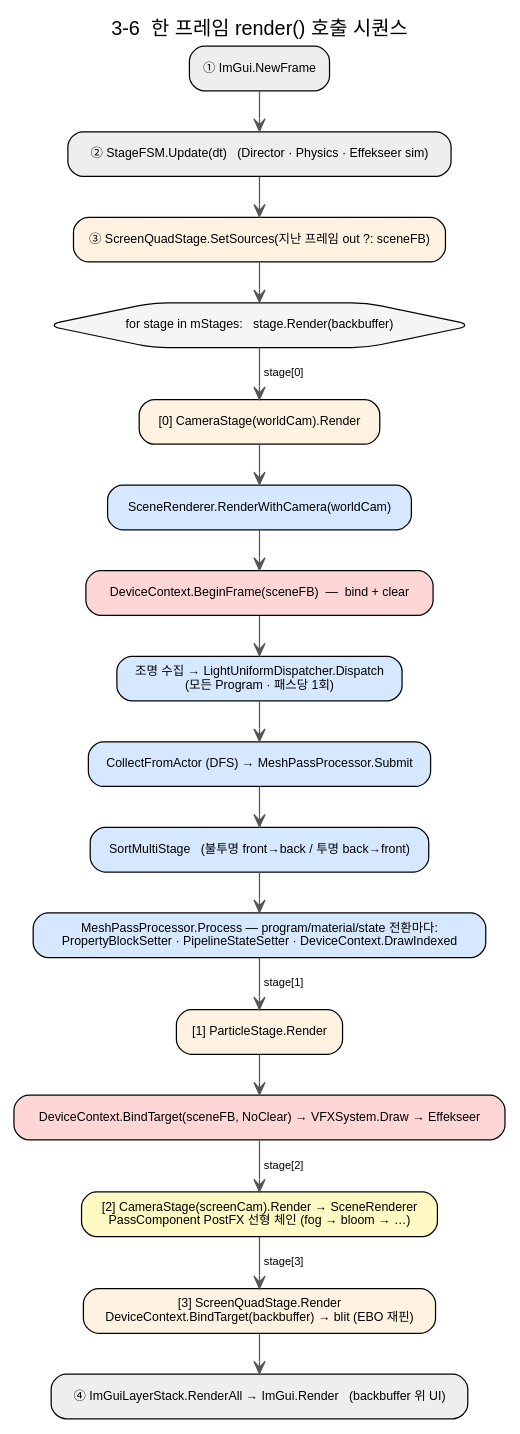
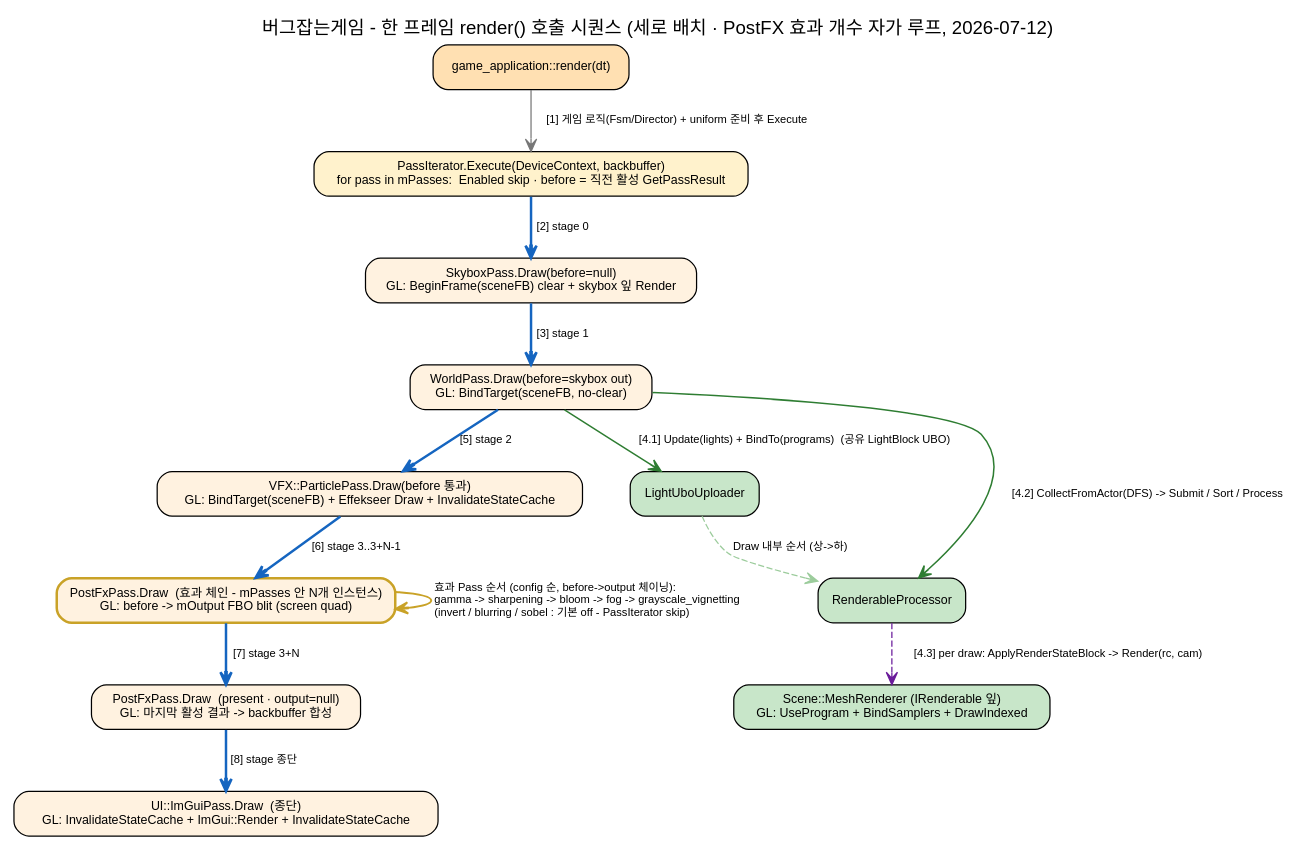
One commit to DogGuyMan/GlobalMedia-OpenGL-ComputerGraphics changed the diagram in doc/diagrams/render-multipass-seq.dot. Above: the diagram before and after it, drawn with Graphviz. The commit also changed 18 other files, not shown here.

```diff
--- a/doc/diagrams/render-multipass-seq.dot
+++ b/doc/diagrams/render-multipass-seq.dot
@@ -1,52 +1,70 @@
 /*
- * render-multipass-seq.dot - 3-6 한 프레임 render() 호출 시퀀스 (시간순 플로우)
+ * render-multipass-seq.dot - "버그잡는게임" 한 프레임 render() 호출 시퀀스 (세로 배치)
+ *   (2026-07-12 갱신 - PassIterator.Execute 가 IPassable 들을 위->아래 순회. PostFX 는 효과 개수만큼 자가 루프.
+ *    프레임 준비 노드 + DeviceContext 노드 제거, GL 호출은 각 Pass 라벨에 인라인. 폭 축소.)
  *
- * Graphviz 는 시퀀스 전용이 아니므로, 시간순 세로 플로우 + 참여자 색으로 표현.
- *   회색=App/ImGui · 주황=stage · 파랑=SceneRenderer 코어 · 빨강=DeviceContext · 노랑=PostFX
+ * Graphviz 는 네이티브 sequence 가 없어 *세로 시간축 spine(위->아래) + 순번 라벨 에지* 로 호출 순서를 표현한다.
+ *   굵은 파랑 spine = PassIterator.Execute 의 Pass 순회(핵심 렌더 경로). GL 호출(BeginFrame/BindTarget/DrawIndexed 등)은
+ *   DeviceContext 노드 대신 각 Pass 노드 라벨 "GL:" 줄에 인라인 - 공유 facade 로 향하던 장거리 에지 제거.
+ *   WorldPass 헬퍼(LightUboUploader / RenderableProcessor / MeshRenderer)는 한 행에 횡단 배치.
+ *   PostFxPass 는 config 개수(N)만큼 인스턴스가 mPasses 에 있어 *자가 루프* 로 before->output 체이닝을 표현.
+ *   회색=App · 노랑=Pass · 초록=render 헬퍼.
  *
+ * 근거: apps/_MyApp_/main.cpp::render() + OnSceneSetup(PostFX config 루프 + present) + PassIterator.Execute.
  * 렌더: dot -Tsvg doc/diagrams/render-multipass-seq.dot -o doc/diagrams/render-multipass-seq.svg
+ *        dot -Tpng -Gdpi=140 doc/diagrams/render-multipass-seq.dot -o doc/diagrams/render-multipass-seq.png
  */
 digraph RenderMultiPassSeq
 {
 	rankdir = TB;
 	bgcolor = "white";
 	fontname = "Helvetica";
 	labelloc = "t";
-	fontsize = 16;
-	label = "3-6  한 프레임 render() 호출 시퀀스";
-	nodesep = 0.3;
-	ranksep = 0.45;
-	node [shape = box, style = "rounded,filled", fontname = "Helvetica", fontsize = 10];
-	edge [fontname = "Helvetica", fontsize = 9, arrowhead = vee, color = "#555555"];
+	fontsize = 15;
+	label = "버그잡는게임 - 한 프레임 render() 호출 시퀀스 (세로 배치 · PostFX 효과 개수 자가 루프, 2026-07-12)";
+	nodesep = 0.4;
+	ranksep = 0.55;
+	node [shape = box, style = "rounded,filled", fontname = "Helvetica", fontsize = 10, fillcolor = "#f7f7f7"];
+	edge [fontname = "Helvetica", fontsize = 9, arrowhead = vee];
 
-	p1 [label = "① ImGui.NewFrame", fillcolor = "#eeeeee"];
-	p2 [label = "② StageFSM.Update(dt)   (Director · Physics · Effekseer sim)", fillcolor = "#eeeeee"];
-	p3 [label = "③ ScreenQuadStage.SetSources(지난 프레임 out ?: sceneFB)", fillcolor = "#fff2e0"];
-	loop [label = "for stage in mStages:   stage.Render(backbuffer)", shape = hexagon, fillcolor = "#f5f5f5"];
+	// ================= 좌측 spine 참여자 (위->아래 시간순, GL 호출은 라벨에 인라인) =================
+	App      [label = "game_application::render(dt)", fillcolor = "#ffe0b2"];
+	PI       [label = "PassIterator.Execute(DeviceContext, backbuffer)\nfor pass in mPasses:  Enabled skip · before = 직전 활성 GetPassResult", fillcolor = "#fff2cc"];
+	Skybox   [label = "SkyboxPass.Draw(before=null)\nGL: BeginFrame(sceneFB) clear + skybox 잎 Render", fillcolor = "#fff2e0"];
+	World    [label = "WorldPass.Draw(before=skybox out)\nGL: BindTarget(sceneFB, no-clear)", fillcolor = "#fff2e0"];
+	Particle [label = "VFX::ParticlePass.Draw(before 통과)\nGL: BindTarget(sceneFB) + Effekseer Draw + InvalidateStateCache", fillcolor = "#fff2e0"];
+	PostFx   [label = "PostFxPass.Draw  (효과 체인 - mPasses 안 N개 인스턴스)\nGL: before -> mOutput FBO blit (screen quad)", fillcolor = "#fff2e0", penwidth = 2, color = "#c9a227"];
+	Present  [label = "PostFxPass.Draw  (present · output=null)\nGL: 마지막 활성 결과 -> backbuffer 합성", fillcolor = "#fff2e0"];
+	ImGuiP   [label = "UI::ImGuiPass.Draw  (종단)\nGL: InvalidateStateCache + ImGui::Render + InvalidateStateCache", fillcolor = "#fff2e0"];
 
-	s0 [label = "[0] CameraStage(worldCam).Render", fillcolor = "#fff2e0"];
-	r1 [label = "SceneRenderer.RenderWithCamera(worldCam)", fillcolor = "#d6e8ff"];
-	r2 [label = "DeviceContext.BeginFrame(sceneFB)  —  bind + clear", fillcolor = "#ffd6d6"];
-	r3 [label = "조명 수집 → LightUniformDispatcher.Dispatch\n(모든 Program · 패스당 1회)", fillcolor = "#d6e8ff"];
-	r4 [label = "CollectFromActor (DFS) → MeshPassProcessor.Submit", fillcolor = "#d6e8ff"];
-	r5 [label = "SortMultiStage   (불투명 front→back / 투명 back→front)", fillcolor = "#d6e8ff"];
-	r6 [label = "MeshPassProcessor.Process — program/material/state 전환마다:\nPropertyBlockSetter · PipelineStateSetter · DeviceContext.DrawIndexed", fillcolor = "#d6e8ff"];
+	// ================= WorldPass 헬퍼 3종 (횡단 배치 - 한 행) =================
+	Uploader [label = "LightUboUploader", fillcolor = "#c8e6c9"];
+	RP       [label = "RenderableProcessor", fillcolor = "#c8e6c9"];
+	Mesh     [label = "Scene::MeshRenderer (IRenderable 잎)\nGL: UseProgram + BindSamplers + DrawIndexed", fillcolor = "#c8e6c9"];
 
-	s1 [label = "[1] ParticleStage.Render", fillcolor = "#fff2e0"];
-	v1 [label = "DeviceContext.BindTarget(sceneFB, NoClear) → VFXSystem.Draw → Effekseer", fillcolor = "#ffd6d6"];
+	// ================= 좌측 spine (굵은 파랑 = Execute Pass 순회, 위->아래) =================
+	edge [color = "#1565c0", penwidth = 2.0];
+	App      -> PI       [label = "[1] 게임 로직(Fsm/Director) + uniform 준비 후 Execute", color = "#777777", penwidth = 1.0];
+	PI       -> Skybox   [label = "[2] stage 0"];
+	Skybox   -> World    [label = "[3] stage 1"];
+	World    -> Particle [label = "[5] stage 2"];
+	Particle -> PostFx   [label = "[6] stage 3..3+N-1"];
+	PostFx   -> Present  [label = "[7] stage 3+N"];
+	Present  -> ImGuiP   [label = "[8] stage 종단"];
 
-	s2 [label = "[2] CameraStage(screenCam).Render → SceneRenderer\nPassComponent PostFX 선형 체인 (fog → bloom → …)", fillcolor = "#fff9c4"];
+	// ================= PostFX 자가 루프 (순서 도는 효과 Pass 나열) =================
+	edge [color = "#c9a227", penwidth = 1.6, style = solid];
+	PostFx -> PostFx [label = "  효과 Pass 순서 (config 순, before->output 체이닝):\l  gamma -> sharpening -> bloom -> fog -> grayscale_vignetting\l  (invert / blurring / sobel : 기본 off - PassIterator skip)\l"];
 
-	s3 [label = "[3] ScreenQuadStage.Render\nDeviceContext.BindTarget(backbuffer) → blit (EBO 재핀)", fillcolor = "#fff2e0"];
-
-	e1 [label = "④ ImGuiLayerStack.RenderAll → ImGui.Render   (backbuffer 위 UI)", fillcolor = "#eeeeee"];
-
-	p1 -> p2 -> p3 -> loop;
-	loop -> s0 [label = "stage[0]"];
-	s0 -> r1 -> r2 -> r3 -> r4 -> r5 -> r6;
-	r6 -> s1 [label = "stage[1]"];
-	s1 -> v1;
-	v1 -> s2 [label = "stage[2]"];
-	s2 -> s3 [label = "stage[3]"];
-	s3 -> e1;
+	// ================= WorldPass -> 헬퍼 서브 흐름 (상->하) =================
+	//   World -> LightUboUploader(상)  /  World -> RenderableProcessor -> MeshRenderer(하).
+	//   Uploader -> RP 세로 연결 = WorldPass::Draw 내부 호출 순서(Update/BindTo 후 Collect/Process).
+	edge [color = "#2e7d32", penwidth = 1.2, style = solid, constraint = true];
+	World    -> Uploader [label = "[4.1] Update(lights) + BindTo(programs)  (공유 LightBlock UBO)"];
+	edge [color = "#2e7d32", penwidth = 1.2, style = solid, constraint = false];
+	World    -> RP       [label = "[4.2] CollectFromActor(DFS) -> Submit / Sort / Process"];
+	edge [color = "#9ccc9c", penwidth = 1.0, style = dashed, arrowhead = open, constraint = true];
+	Uploader -> RP       [label = "Draw 내부 순서 (상->하)"];
+	edge [color = "#6a1b9a", penwidth = 1.0, style = dashed, constraint = true];
+	RP -> Mesh [label = "[4.3] per draw: ApplyRenderStateBlock -> Render(rc, cam)"];
 }
```
